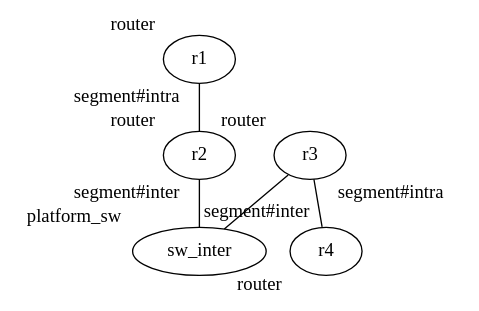
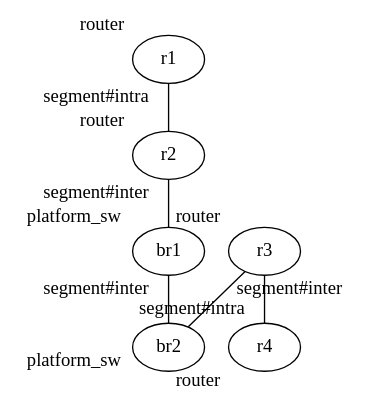
The diagram in example/vlan_multihost/input.dot (cpflat/dot2net), drawn with Graphviz before and after one commit. The commit also changed 14 other files, not shown here.

Commit message:
containerlab: one topology file per machine

```diff
--- a/example/vlan_multihost/input.dot
+++ b/example/vlan_multihost/input.dot
@@ -1,25 +1,40 @@
 digraph {
-	// Each host is a group. The class sits in xlabel so that label stays
-	// available as a display title; a subgraph's label doubles as a class.
+	// Each machine is a group of class "worker". worker is dot2net's word for a
+	// placement unit: the machine containers are deployed onto, as opposed to a
+	// group that only shares parameters. The class sits in xlabel so that label
+	// stays available as a display title; a subgraph's label doubles as a class.
+	//
+	// A scenario where every cluster is a machine can leave this out entirely
+	// and write class_policy.group.default: [worker] instead.
 	subgraph host1 {
-		xlabel="host";
+		xlabel="worker";
 		r1[xlabel="router"];
 		r2[xlabel="router"];
+		// The bridge each machine provides. containerlab emits it as an
+		// ovs-bridge node, TiNET as a switches: entry.
+		br1[xlabel="platform_sw"];
 	}
 	subgraph host2 {
-		xlabel="host";
+		xlabel="worker";
 		r3[xlabel="router"];
 		r4[xlabel="router"];
+		br2[xlabel="platform_sw"];
 	}
 
-	// Links that stay inside one host.
+	// Links that stay inside one machine. These are the ones containerlab can
+	// wire with veth, so they are the ones that reach a topology file.
 	r1->r2[dir="none", xlabel="segment#intra"];
 	r3->r4[dir="none", xlabel="segment#intra"];
+	r2->br1[dir="none", xlabel="segment#inter"];
+	r3->br2[dir="none", xlabel="segment#inter"];
 
-	// The hosts meet on a shared L2 domain that the platform provides: a bridge
-	// for containerlab, a switches: entry for TiNET. sw_inter belongs to no
-	// host, so neither host file carries these links.
-	sw_inter[xlabel="platform_sw"];
-	r2->sw_inter[dir="none", xlabel="segment#inter"];
-	r3->sw_inter[dir="none", xlabel="segment#inter"];
+	// The one link that leaves a machine. Nothing inside containerlab can make
+	// it: the two bridges are joined outside the lab, by a VLAN between the two
+	// machines. dot2net marks it through the worker class's boundary_class and
+	// lists it in inter-host-links.txt for whoever wires it.
+	//
+	// It is still a link in the model, so the address assignment sees one
+	// segment spanning both machines: bridges carry no addresses, so searching
+	// for a segment passes straight through them.
+	br1->br2[dir="none", xlabel="segment#inter"];
 }
```
